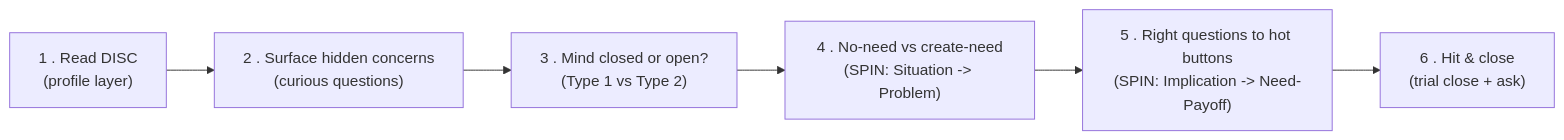
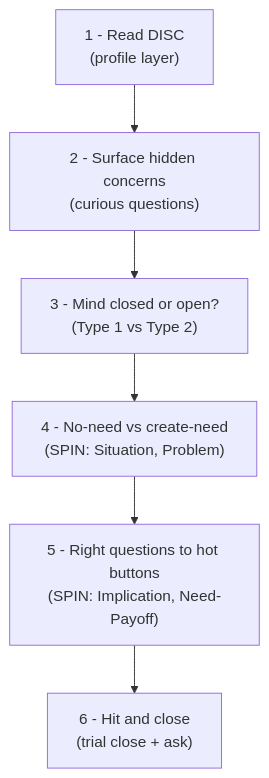
The third of 3 diagrams in docs/first-60-days/week-8/day-47.md (leotansingapore/aia-product-compass-hub), drawn with Mermaid before and after one commit. The commit also changed other lines of this file and 56 other files, not shown here.

Commit message:
Readability pass across first-60-days: styled HTML to tables/diagrams, cleaner formatting, no leaked metadata

````diff
--- a/docs/first-60-days/week-8/day-47.md
+++ b/docs/first-60-days/week-8/day-47.md
@@ -313,10 +284,14 @@
 ```mermaid
-flowchart LR
-    A["1 . Read DISC<br/>(profile layer)"]
-    B["2 . Surface hidden concerns<br/>(curious questions)"]
-    C["3 . Mind closed or open?<br/>(Type 1 vs Type 2)"]
-    D["4 . No-need vs create-need<br/>(SPIN: Situation -> Problem)"]
-    E["5 . Right questions to hot buttons<br/>(SPIN: Implication -> Need-Payoff)"]
-    F["6 . Hit & close<br/>(trial close + ask)"]
-    A --> B --> C --> D --> E --> F
+flowchart TD
+    A["1 - Read DISC<br/>(profile layer)"]
+    B["2 - Surface hidden concerns<br/>(curious questions)"]
+    C["3 - Mind closed or open?<br/>(Type 1 vs Type 2)"]
+    D["4 - No-need vs create-need<br/>(SPIN: Situation, Problem)"]
+    E["5 - Right questions to hot buttons<br/>(SPIN: Implication, Need-Payoff)"]
+    F["6 - Hit and close<br/>(trial close + ask)"]
+    A --> B
+    B --> C
+    C --> D
+    D --> E
+    E --> F
 ```
````
